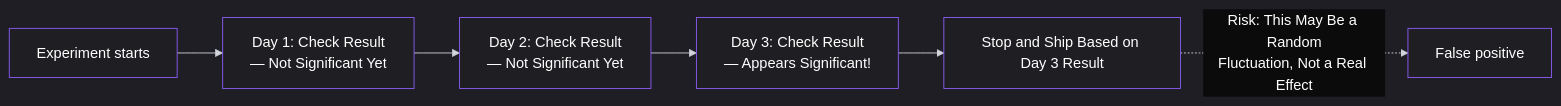
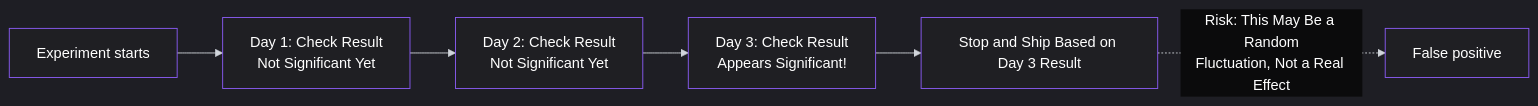
Before and after one commit to pmacademy-app/web: the second of 3 diagrams in content/lessons/lesson-045.md, drawn with Mermaid. The commit also changed other lines of this file and 90 other files, not shown here.

````diff
--- a/content/lessons/lesson-045.md
+++ b/content/lessons/lesson-045.md
@@ -103,38 +103,38 @@
 ```mermaid
 %%{init: {
   "theme": "dark",
   "themeVariables": {
     "background": "#0b0b0c",
     "primaryColor": "#1f1f23",
     "primaryTextColor": "#ffffff",
     "primaryBorderColor": "#8b5cf6",
     "lineColor": "#d1d5db",
     "secondaryColor": "#18181b",
     "tertiaryColor": "#111111",
     "mainBkg": "#1f1f23",
     "nodeBorder": "#8b5cf6",
     "clusterBkg": "#000000",
     "clusterBorder": "#27272a",
     "titleColor": "#ffffff",
     "edgeLabelBackground": "#0b0b0c",
     "nodeTextColor": "#ffffff",
     "edgeLabelColor": "#ffffff",
     "actorBorder": "#8b5cf6",
     "actorBkg": "#1f1f23",
     "actorTextColor": "#ffffff",
     "sequenceNumberColor": "#ffffff",
     "signalColor": "#8b5cf6",
     "signalTextColor": "#ffffff",
     "textColor": "#ffffff",
     "classText": "#ffffff",
     "classBorder": "#8b5cf6",
     "classBkg": "#1f1f23"
   }
 }}%%
 graph LR
-    A[Experiment starts] --> B[Day 1: Check Result<br/>— Not Significant Yet]
-    B --> C[Day 2: Check Result<br/>— Not Significant Yet]
-    C --> D[Day 3: Check Result<br/>— Appears Significant!]
+    A[Experiment starts] --> B[Day 1: Check Result<br/> Not Significant Yet]
+    B --> C[Day 2: Check Result<br/> Not Significant Yet]
+    C --> D[Day 3: Check Result<br/> Appears Significant!]
     D --> E[Stop and Ship Based on Day 3 Result]
     E -.->|Risk: This May Be a Random<br/>Fluctuation, Not a Real Effect| F[False positive]
 ```
````
